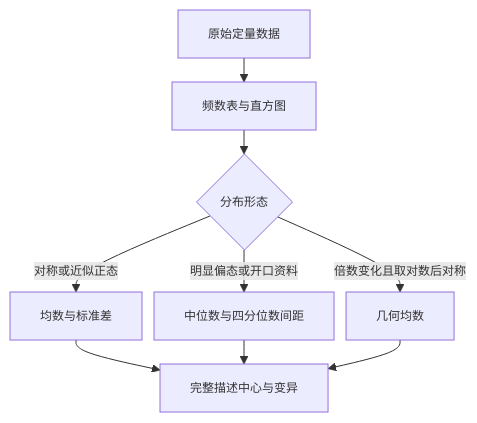
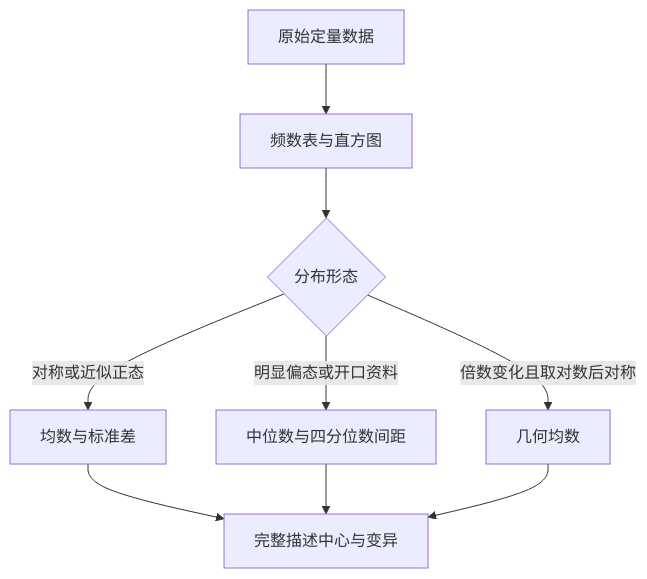
The diagram in 复习/统计/02-定量数据的统计描述.md (huangning-ring/obsidian-vault), drawn with Mermaid before and after one commit. The commit also changed other lines of this file and 1 other file, not shown here.

````diff
--- a/复习/统计/02-定量数据的统计描述.md
+++ b/复习/统计/02-定量数据的统计描述.md
@@ -15,12 +15,11 @@
 ```mermaid
-%%{init: {"flowchart": {"nodeSpacing": 12, "rankSpacing": 24}, "themeVariables": {"fontSize": "12px"}}}%%
 flowchart TB
     A[原始定量数据] --> B[频数表与直方图]
     B --> C{分布形态}
     C -->|对称或近似正态| D[均数与标准差]
     C -->|明显偏态或开口资料| E[中位数与四分位数间距]
     C -->|倍数变化且取对数后对称| F[几何均数]
     D --> G[完整描述中心与变异]
     E --> G
     F --> G
 ```
````
